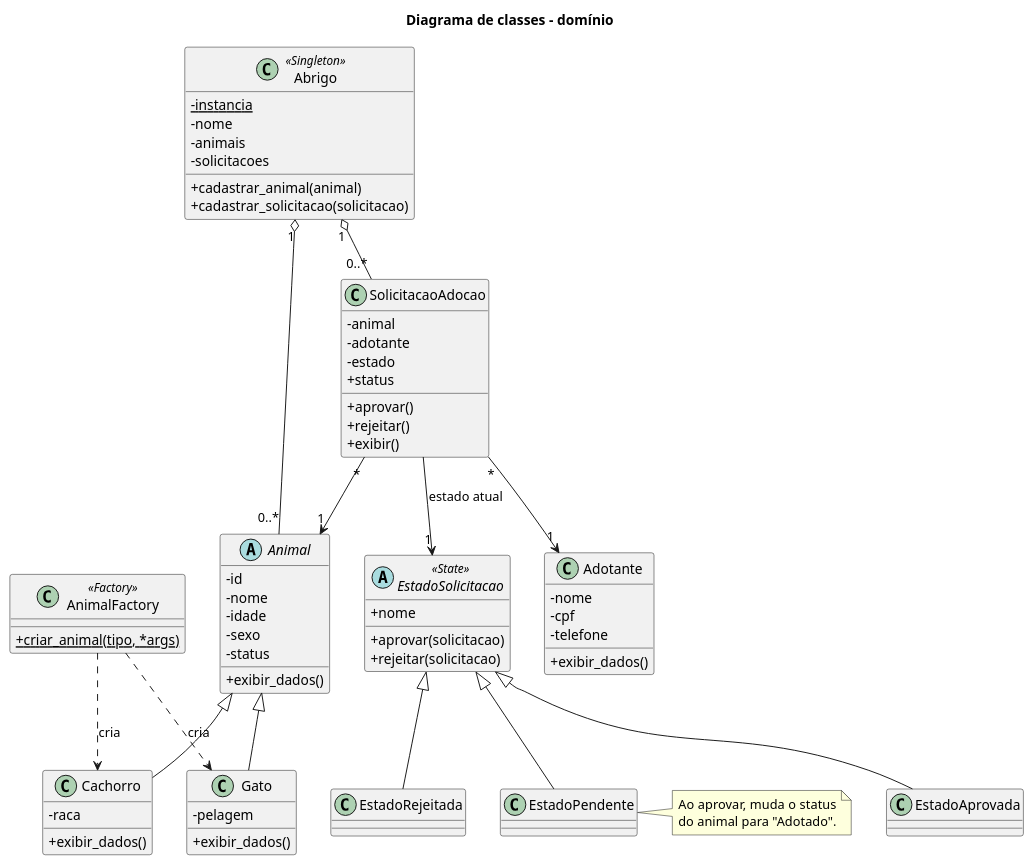
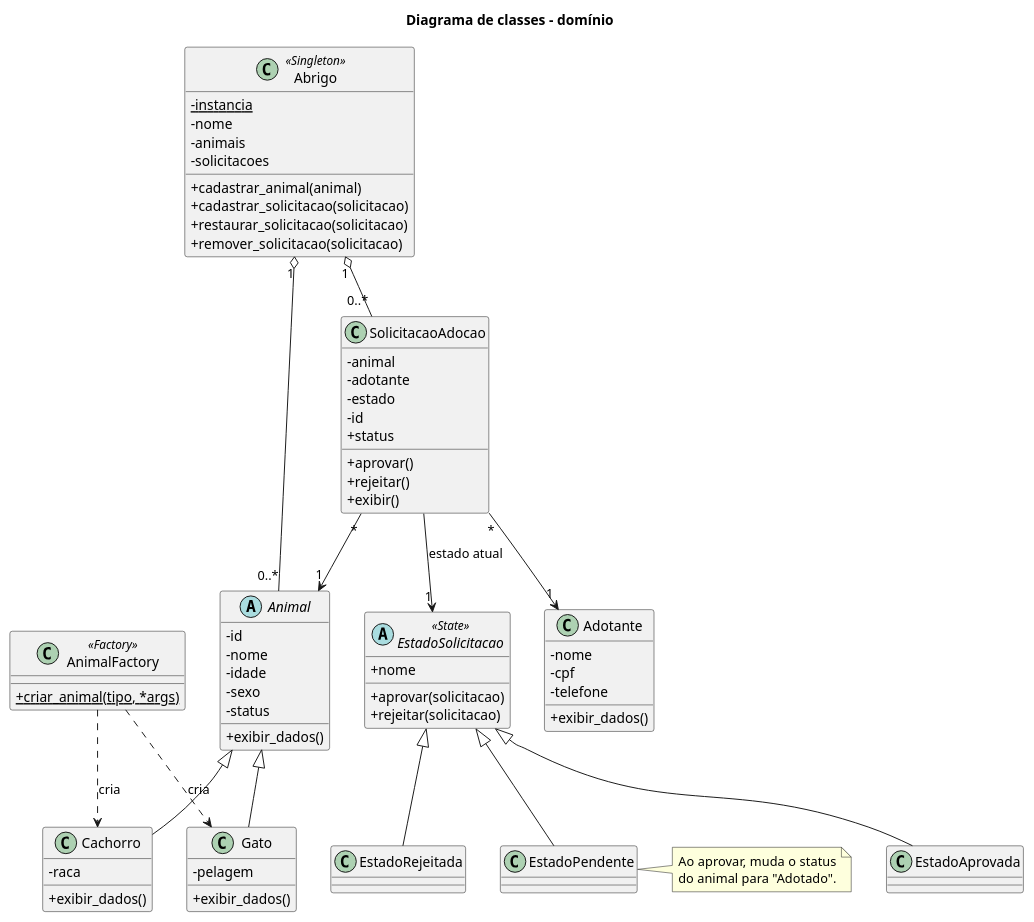
Before and after one commit to Amandahpp/gestao-adocao-pets: the diagram in docs/diagramas/classes.puml, drawn with PlantUML.

```diff
--- a/docs/diagramas/classes.puml
+++ b/docs/diagramas/classes.puml
@@ -1,83 +1,86 @@
 @startuml
 title Diagrama de classes - domínio
 skinparam classAttributeIconSize 0
 
 abstract class Animal {
   -id
   -nome
   -idade
   -sexo
   -status
   +exibir_dados()
 }
 
 class Cachorro {
   -raca
   +exibir_dados()
 }
 
 class Gato {
   -pelagem
   +exibir_dados()
 }
 
 class AnimalFactory <<Factory>> {
   {static} +criar_animal(tipo, *args)
 }
 
 class Adotante {
   -nome
   -cpf
   -telefone
   +exibir_dados()
 }
 
 class Abrigo <<Singleton>> {
   {static} -instancia
   -nome
   -animais
   -solicitacoes
   +cadastrar_animal(animal)
   +cadastrar_solicitacao(solicitacao)
+  +restaurar_solicitacao(solicitacao)
+  +remover_solicitacao(solicitacao)
 }
 
 class SolicitacaoAdocao {
   -animal
   -adotante
-  -estado
+  -estado  
+  -id
   +status
   +aprovar()
   +rejeitar()
   +exibir()
 }
 
 abstract class EstadoSolicitacao <<State>> {
   +nome
   +aprovar(solicitacao)
   +rejeitar(solicitacao)
 }
 
 class EstadoPendente
 class EstadoAprovada
 class EstadoRejeitada
 
 Animal <|-- Cachorro
 Animal <|-- Gato
 AnimalFactory ..> Cachorro : cria
 AnimalFactory ..> Gato : cria
 
 Abrigo "1" o-- "0..*" Animal
 Abrigo "1" o-- "0..*" SolicitacaoAdocao
 SolicitacaoAdocao "*" --> "1" Animal
 SolicitacaoAdocao "*" --> "1" Adotante
 SolicitacaoAdocao --> "1" EstadoSolicitacao : estado atual
 
 EstadoSolicitacao <|-- EstadoPendente
 EstadoSolicitacao <|-- EstadoAprovada
 EstadoSolicitacao <|-- EstadoRejeitada
 
 note right of EstadoPendente
   Ao aprovar, muda o status
   do animal para "Adotado".
 end note
 @enduml
```
